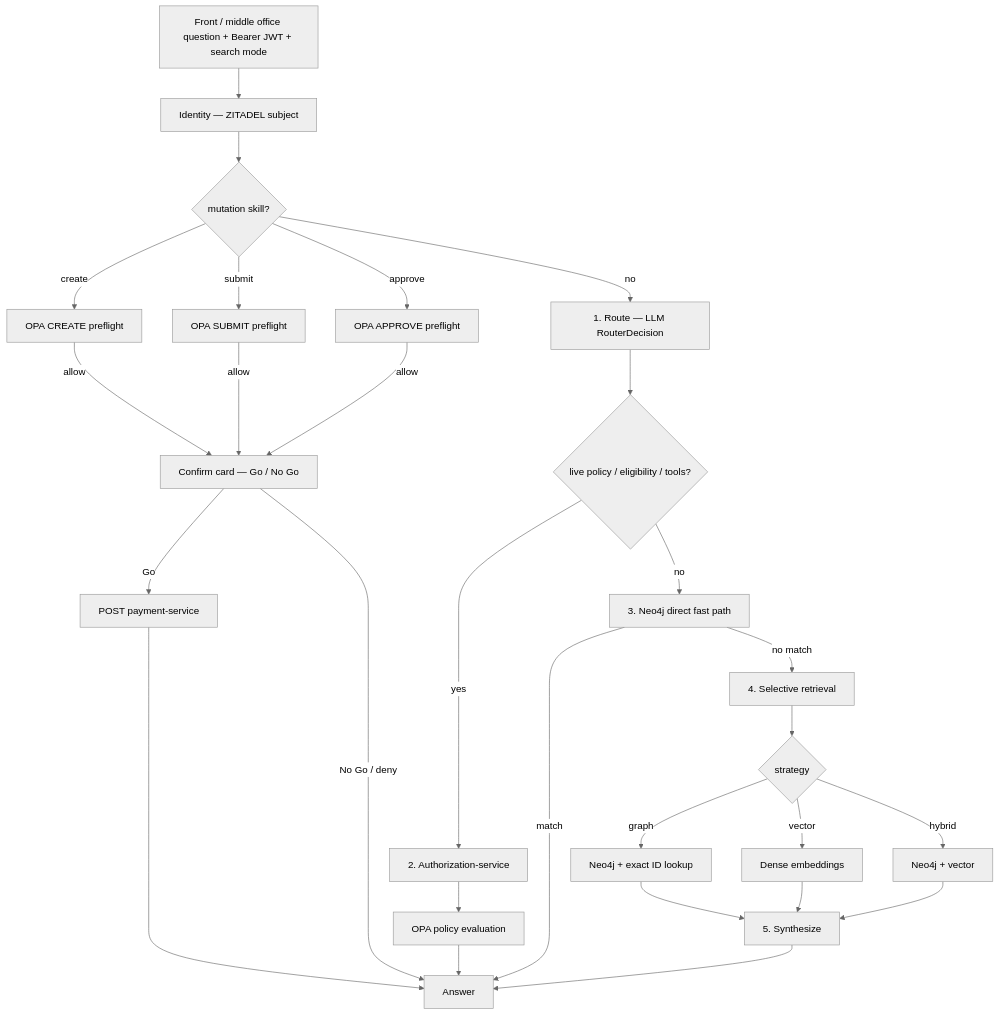
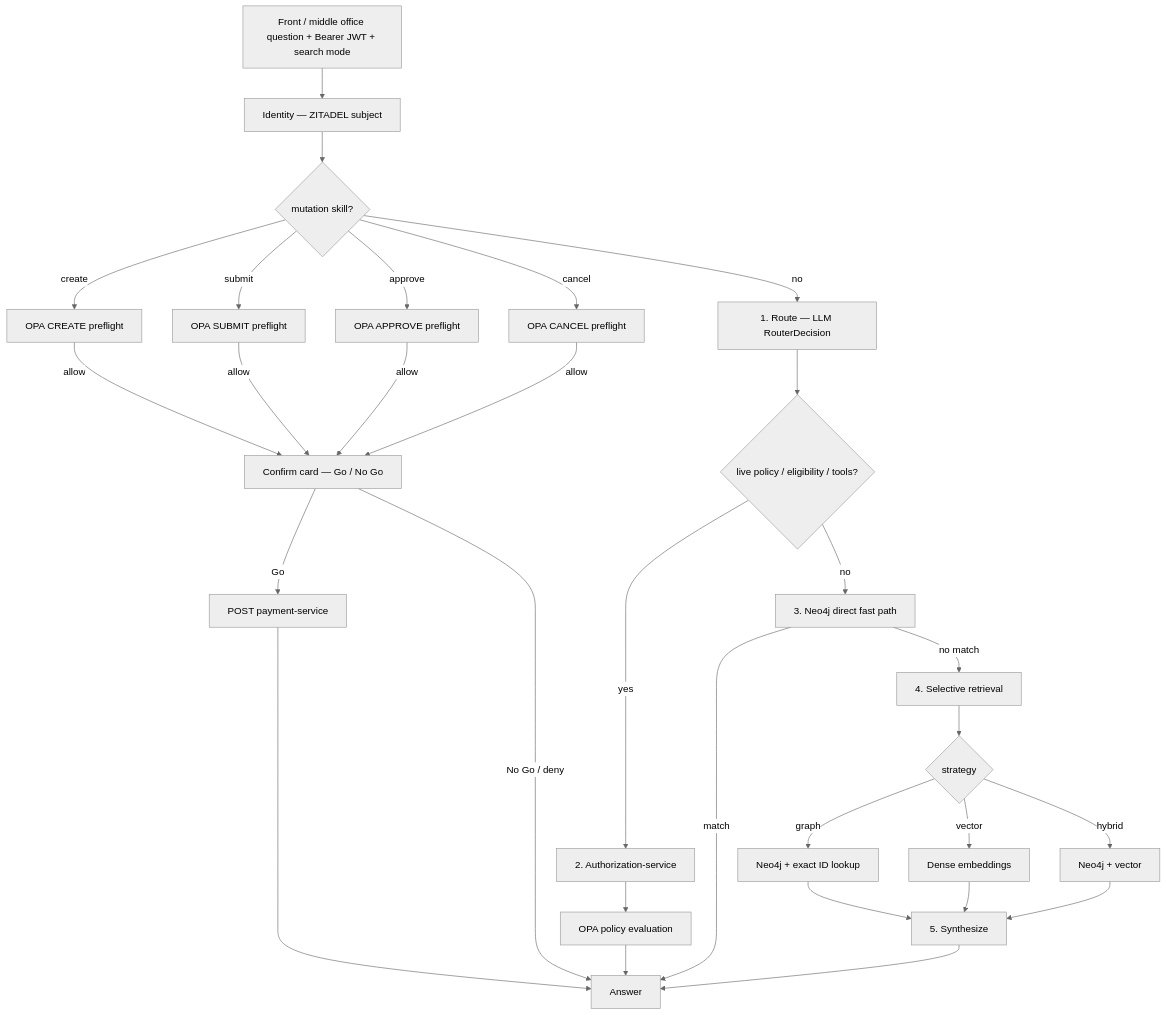
One commit to sanjuthomas/policy-pilot changed the second of 2 diagrams in README.md. Above: the diagram before and after it, drawn with Mermaid (neutral theme). The commit also changed other lines of this file and 2 other files, not shown here.

First line of the commit message:
Document cancel-payment skill in root and chat READMEs.

````diff
--- a/README.md
+++ b/README.md
@@ -135,30 +140,32 @@
 ```mermaid
 flowchart TD
     Q["Front / middle office question + Bearer JWT + search mode"] --> ID[Identity — ZITADEL subject]
     ID --> SK{mutation skill?}
     SK -->|create| PRE1[OPA CREATE preflight]
     SK -->|submit| PRE2[OPA SUBMIT preflight]
     SK -->|approve| PRE3[OPA APPROVE preflight]
+    SK -->|cancel| PRE4[OPA CANCEL preflight]
     PRE1 -->|allow| CONF[Confirm card — Go / No Go]
     PRE2 -->|allow| CONF
     PRE3 -->|allow| CONF
+    PRE4 -->|allow| CONF
     CONF -->|Go| PAY[POST payment-service]
     PAY --> A[Answer]
     CONF -->|No Go / deny| A
     SK -->|no| R[1. Route — LLM RouterDecision]
     R --> E{live policy / eligibility / tools?}
     E -->|yes| AZ[2. Authorization-service]
     AZ --> OPA[OPA policy evaluation]
     OPA --> A
     E -->|no| D[3. Neo4j direct fast path]
     D -->|match| A
     D -->|no match| RET[4. Selective retrieval]
     RET --> G{strategy}
     G -->|graph| N[Neo4j + exact ID lookup]
     G -->|vector| V[Dense embeddings]
     G -->|hybrid| H[Neo4j + vector]
     N --> S[5. Synthesize]
     V --> S
     H --> S
     S --> A
 ```
````
